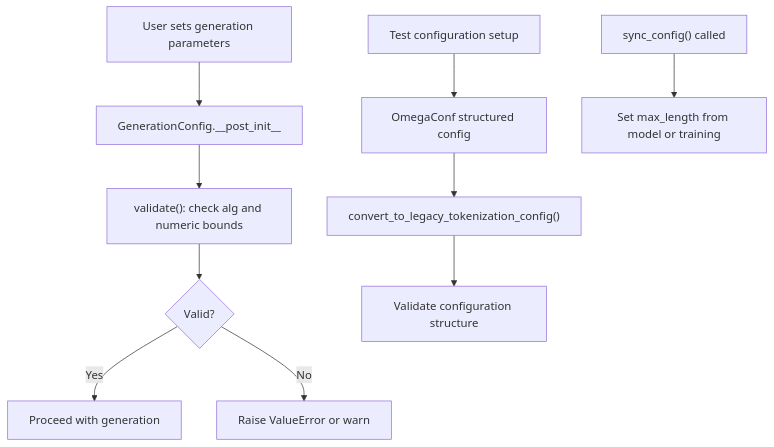
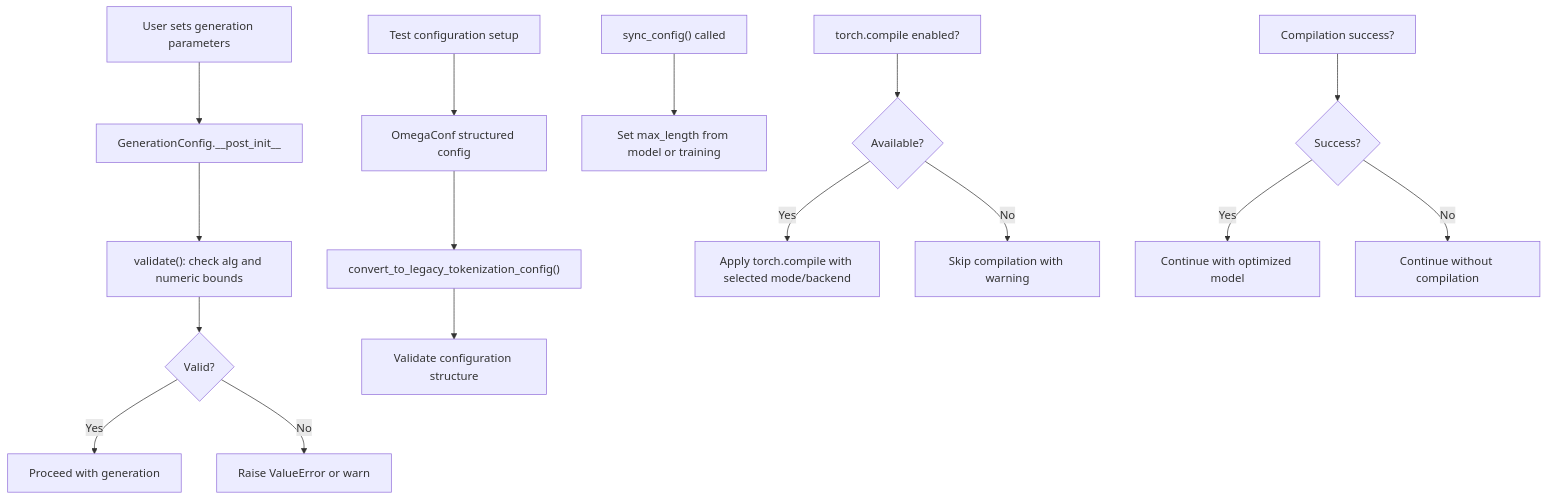
One commit to alibaba/graph-gpt changed the ninth of 12 diagrams in .qoder/repowiki/en/content/Configuration System/Configuration System.md. Above: the diagram before and after it, drawn with Mermaid. The commit also changed other lines of this file and 2 other files, not shown here.

````diff
--- a/.qoder/repowiki/en/content/Configuration System/Configuration System.md
+++ b/.qoder/repowiki/en/content/Configuration System/Configuration System.md
@@ -504,12 +552,18 @@
 ```mermaid
 flowchart TD
 A["User sets generation parameters"] --> B["GenerationConfig.__post_init__"]
 B --> C["validate(): check alg and numeric bounds"]
 C --> D{"Valid?"}
 D --> |Yes| E["Proceed with generation"]
 D --> |No| F["Raise ValueError or warn"]
 G["Test configuration setup"] --> H["OmegaConf structured config"]
 H --> I["convert_to_legacy_tokenization_config()"]
 I --> J["Validate configuration structure"]
 K["sync_config() called"] --> L["Set max_length from model or training"]
+M["torch.compile enabled?"] --> N{"Available?"}
+N --> |Yes| O["Apply torch.compile with selected mode/backend"]
+N --> |No| P["Skip compilation with warning"]
+Q["Compilation success?"] --> R{"Success?"}
+R --> |Yes| S["Continue with optimized model"]
+R --> |No| T["Continue without compilation"]
 ```
````
